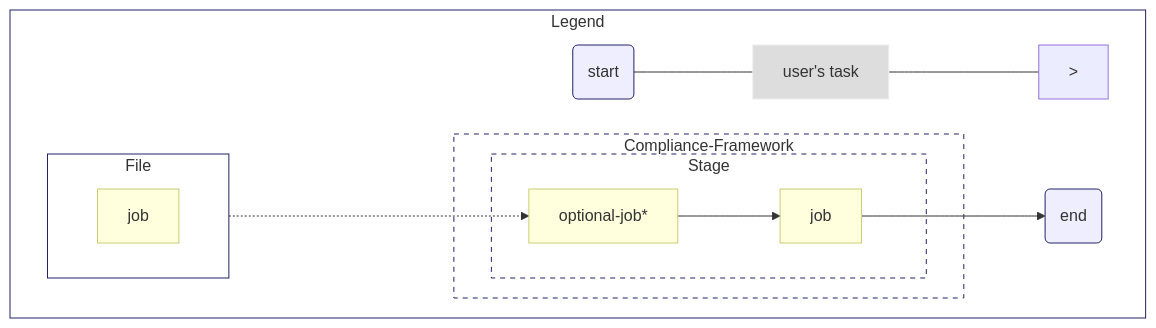
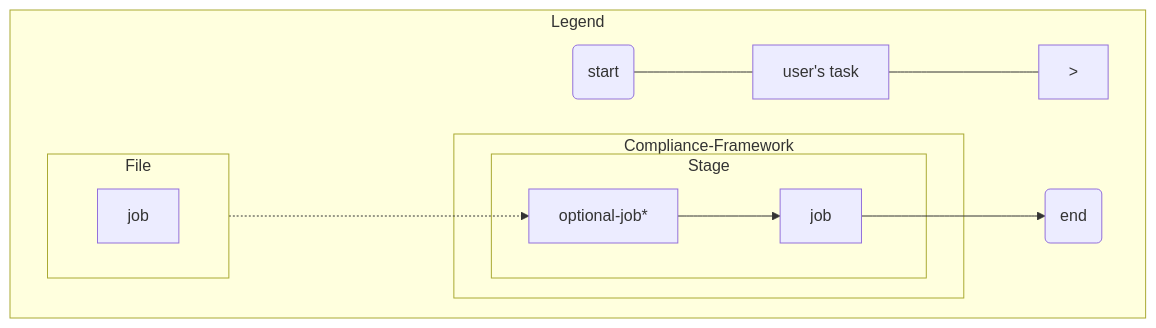
One commit to anbarisker/mermaid-debugger changed the second of 7 diagrams in advanced/mermaid.md. Above: the diagram before and after it, drawn with Mermaid.

Commit message:
Pinpointing the error (pt1)

````diff
--- a/advanced/mermaid.md
+++ b/advanced/mermaid.md
@@ -121,28 +121,18 @@
 ```mermaid
 flowchart LR
  subgraph "Legend"
  direction LR
  n1(start) --- a1["user's task"] ---&gt; j1
  j1 -...-> j2
  j3 --> n2(end)
 		subgraph "Compliance-Framework"
 			subgraph "Stage"
 			j2[optional-job*] --> j3[job]
 			end
 	 end
 	 subgraph "File"
 	 direction LR
 	 j1[job]
 	 end
  end
- classDef J fill:#ffd,stroke:#cc7;
-		class j1,j2,j3 J;
-	 classDef A fill:#ddd,stroke:#eee;
-	 class a1 A;
-	 classDef F fill:#fff,stroke:#226;
-	 class File,Legend F;
-	 classDef C fill:#fff,stroke:#226,stroke-dasharray: 5 5;
-	 class Compliance-Framework,Stage C;
-	 classDef N fill:#eef,stroke:#226;
-	 class n1,n2 N;
 ```
````
